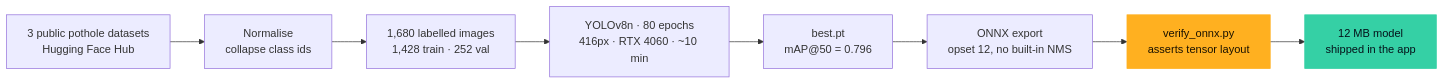
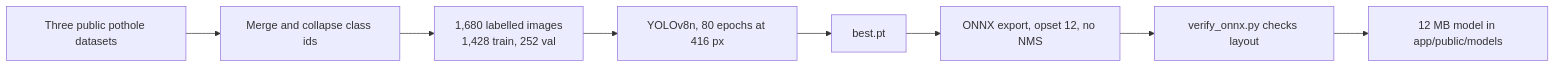
One commit to 4-thkind/DelhiJalNav changed the third of 7 diagrams in README.md. Above: the diagram before and after it, drawn with Mermaid. The commit also changed other lines of this file, not shown here.

````diff
--- a/README.md
+++ b/README.md
@@ -290,13 +137,10 @@
 ```mermaid
 flowchart LR
-    A["3 public pothole datasets<br/>Hugging Face Hub"] --> B["Normalise<br/>collapse class ids"]
-    B --> C["1,680 labelled images<br/>1,428 train · 252 val"]
-    C --> D["YOLOv8n · 80 epochs<br/>416px · RTX 4060 · ~10 min"]
-    D --> E["best.pt<br/>mAP@50 = 0.796"]
-    E --> F["ONNX export<br/>opset 12, no built-in NMS"]
-    F --> G["verify_onnx.py<br/>asserts tensor layout"]
-    G --> H["12 MB model<br/>shipped in the app"]
-
-    style H fill:#35d0a5,stroke:#35d0a5,color:#04121a
-    style G fill:#ffb020,stroke:#ffb020,color:#1a1200
+    A["Three public pothole datasets"] --> B["Merge and collapse class ids"]
+    B --> C["1,680 labelled images<br/>1,428 train, 252 val"]
+    C --> D["YOLOv8n, 80 epochs at 416 px"]
+    D --> E["best.pt"]
+    E --> F["ONNX export, opset 12, no NMS"]
+    F --> G["verify_onnx.py checks layout"]
+    G --> H["12 MB model in app/public/models"]
 ```
````
